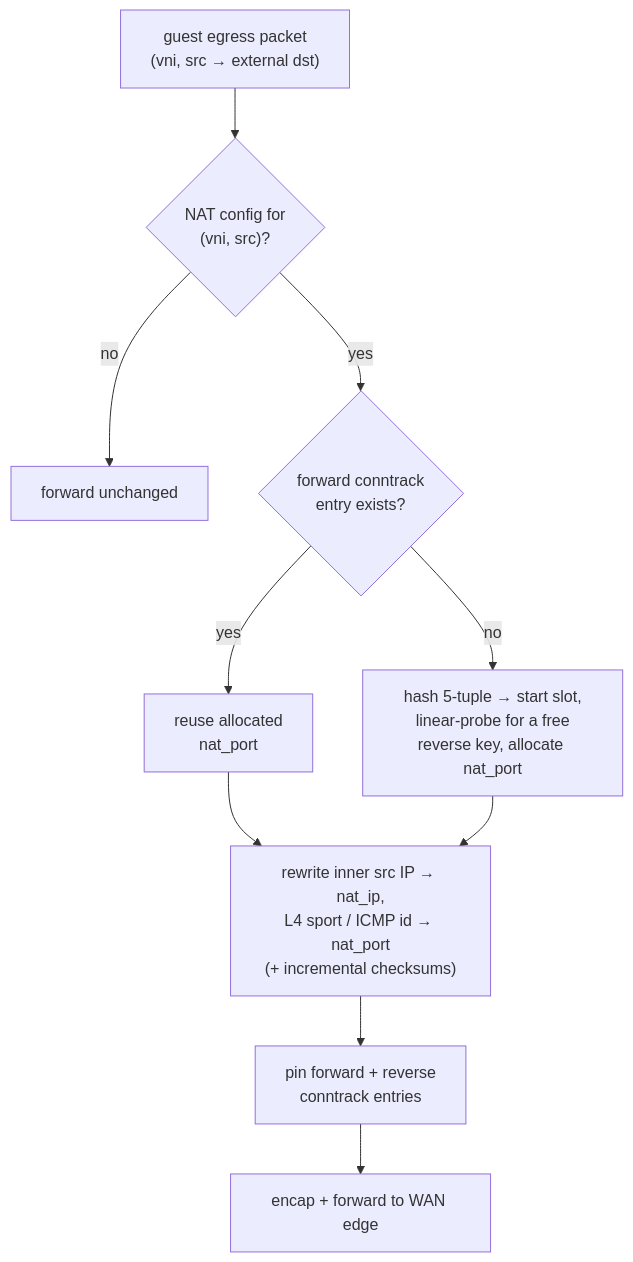
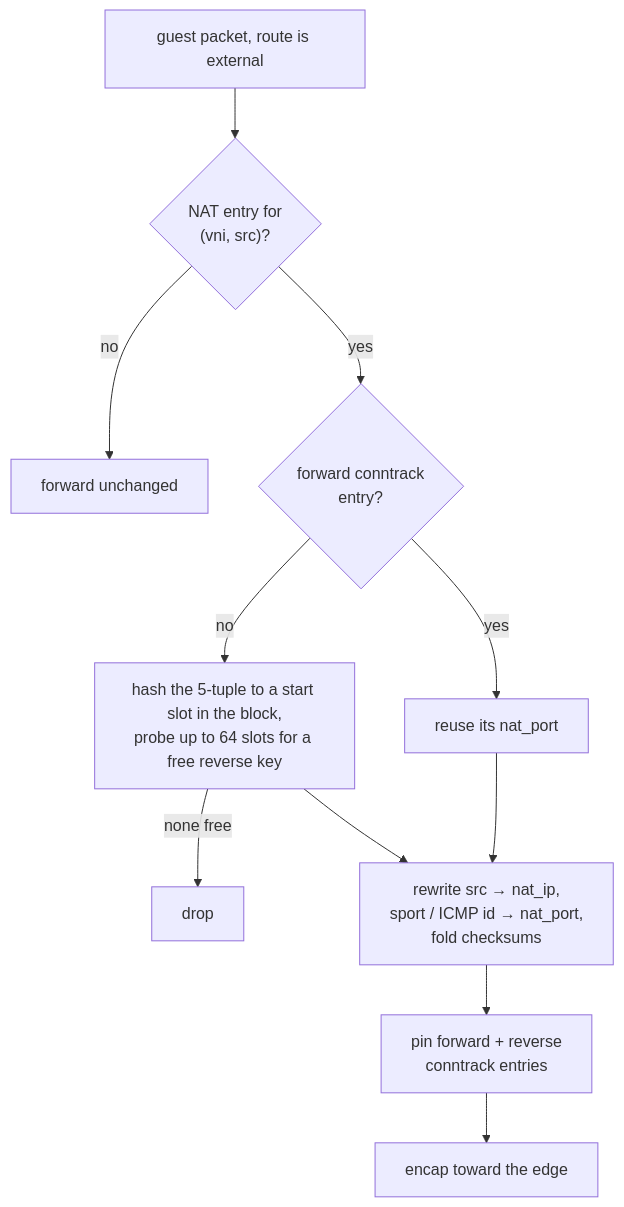
The second of 2 diagrams in docs/features/nat.md (trevex/ectobase), drawn with Mermaid before and after one commit. The commit also changed other lines of this file and 57 other files, not shown here.

First line of the commit message:
docs: rework concepts, architecture, networking, operating, reference and contributing

````diff
--- a/docs/features/nat.md
+++ b/docs/features/nat.md
@@ -49,12 +72,13 @@
 ```mermaid
 flowchart TD
-    p["guest egress packet<br/>(vni, src → external dst)"] --> cfg{"NAT config for<br/>(vni, src)?"}
+    p["guest packet, route is external"] --> cfg{"NAT entry for<br/>(vni, src)?"}
     cfg -->|no| out["forward unchanged"]
-    cfg -->|yes| ct{"forward conntrack<br/>entry exists?"}
-    ct -->|yes| reuse["reuse allocated<br/>nat_port"]
-    ct -->|no| alloc["hash 5-tuple → start slot,<br/>linear-probe for a free<br/>reverse key, allocate nat_port"]
+    cfg -->|yes| ct{"forward conntrack<br/>entry?"}
+    ct -->|yes| reuse["reuse its nat_port"]
+    ct -->|no| alloc["hash the 5-tuple to a start slot in the block,<br/>probe up to 64 slots for a free reverse key"]
+    alloc -->|none free| drop["drop"]
     reuse --> rw
-    alloc --> rw["rewrite inner src IP → nat_ip,<br/>L4 sport / ICMP id → nat_port<br/>(+ incremental checksums)"]
+    alloc --> rw["rewrite src → nat_ip,<br/>sport / ICMP id → nat_port,<br/>fold checksums"]
     rw --> pin["pin forward + reverse<br/>conntrack entries"]
-    pin --> encap["encap + forward to WAN edge"]
+    pin --> encap["encap toward the edge"]
 ```
````
